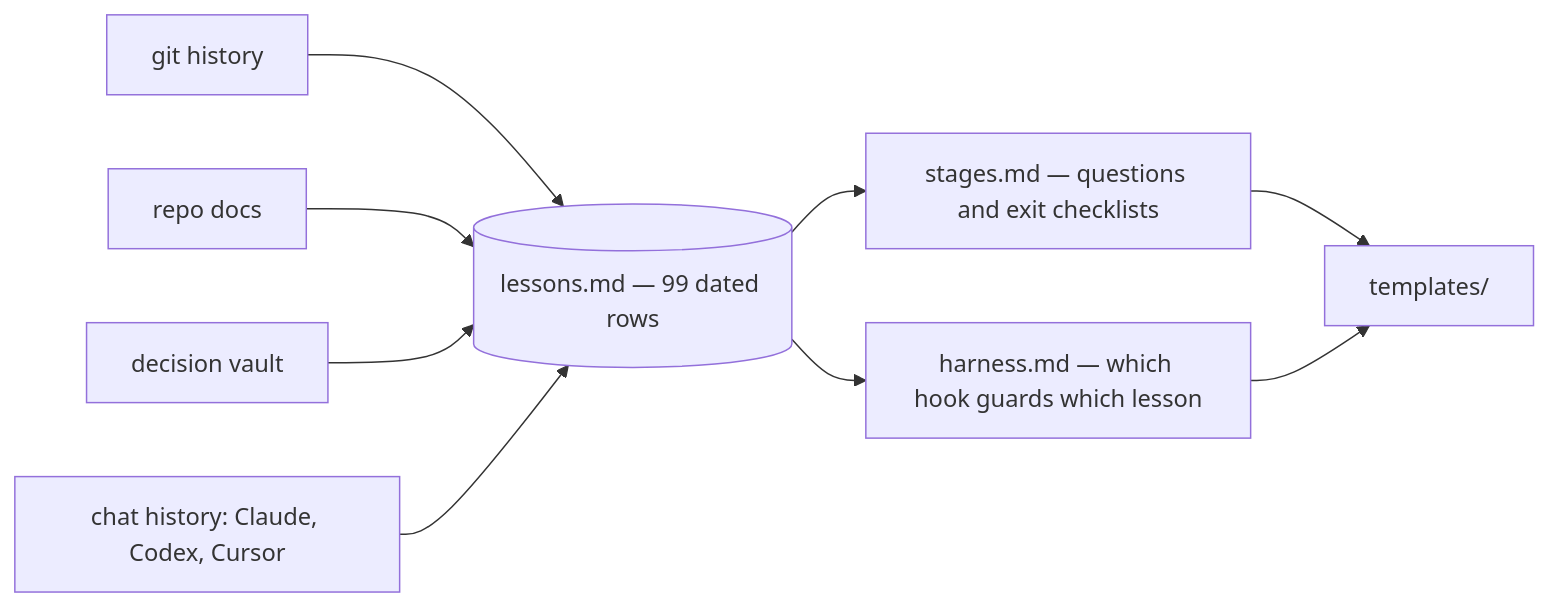
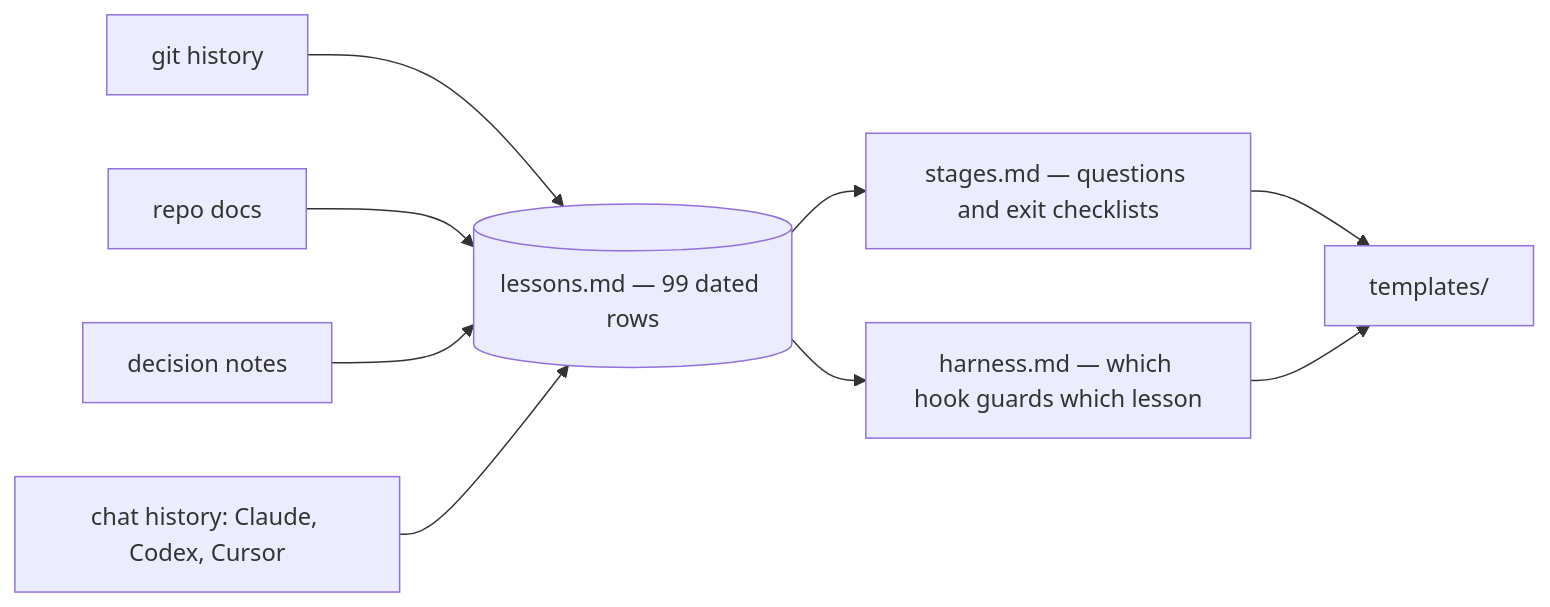
Before and after one commit to EranTzarum/project-kickoff: the second of 2 diagrams in README.md, drawn with Mermaid. The commit also changed other lines of this file and 9 other files, not shown here.

````diff
--- a/README.md
+++ b/README.md
@@ -199,11 +225,11 @@
 ```mermaid
 flowchart LR
     G["git history"] --> L
     D["repo docs"] --> L
-    V["decision vault"] --> L
+    V["decision notes"] --> L
     C["chat history: Claude, Codex, Cursor"] --> L
     L[("lessons.md — 99 dated rows")] --> S["stages.md — questions and exit checklists"]
     L --> H["harness.md — which hook guards which lesson"]
     S --> T["templates/"]
     H --> T
 ```
````
